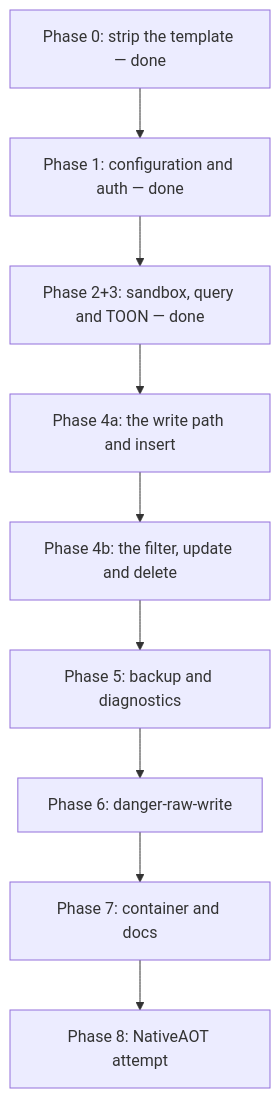
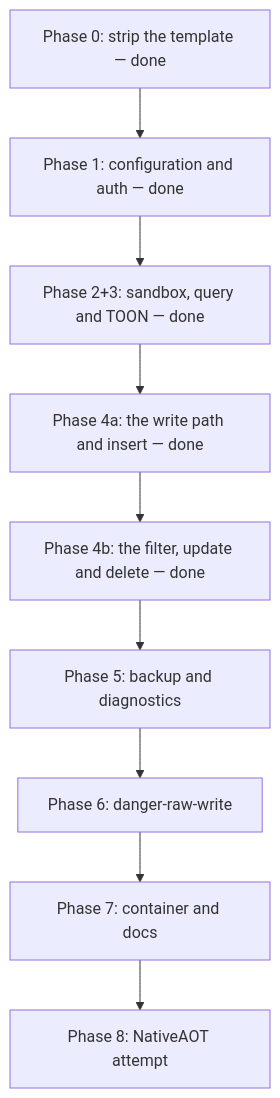
The diagram in .lode/plans/mvp-roadmap.md (xakpc/sqlite-mcp-sidecar), drawn with Mermaid before and after one commit. The commit also changed other lines of this file and 27 other files, not shown here.

First line of the commit message:
feat(core): the filter model, structured update and delete

````diff
--- a/.lode/plans/mvp-roadmap.md
+++ b/.lode/plans/mvp-roadmap.md
@@ -14,11 +14,11 @@
 ```mermaid
 flowchart TD
     p0[Phase 0: strip the template — done] --> p1[Phase 1: configuration and auth — done]
     p1 --> p23[Phase 2+3: sandbox, query and TOON — done]
-    p23 --> p4a[Phase 4a: the write path and insert]
-    p4a --> p4b[Phase 4b: the filter, update and delete]
+    p23 --> p4a[Phase 4a: the write path and insert — done]
+    p4a --> p4b[Phase 4b: the filter, update and delete — done]
     p4b --> p5[Phase 5: backup and diagnostics]
     p5 --> p6[Phase 6: danger-raw-write]
     p6 --> p7[Phase 7: container and docs]
     p7 --> p8[Phase 8: NativeAOT attempt]
 ```
````
